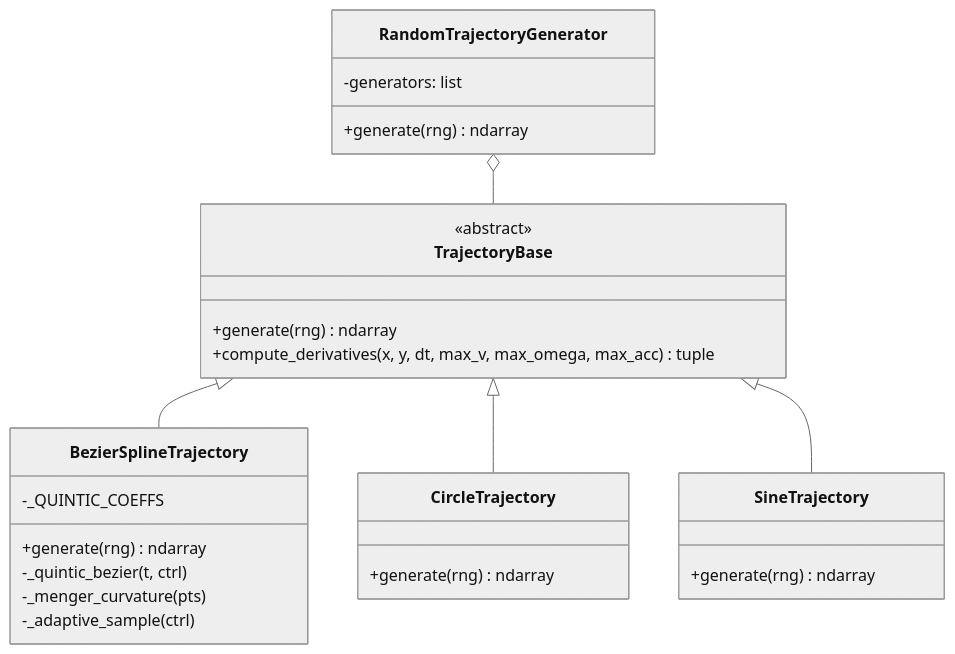
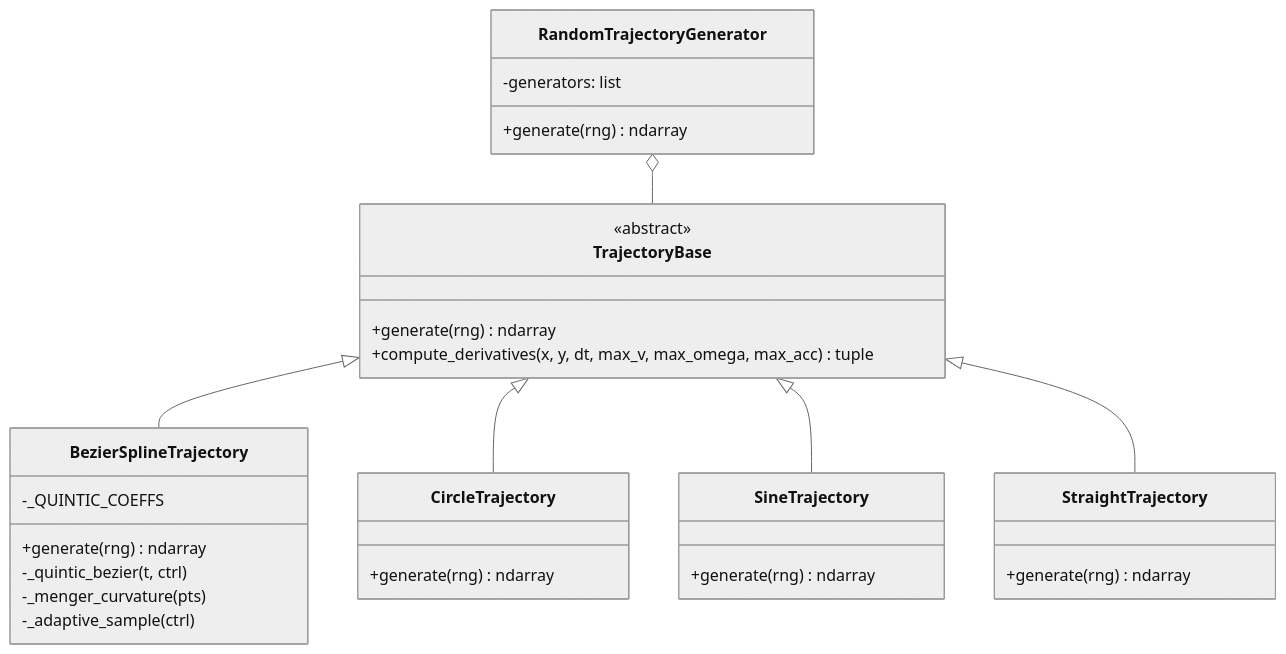
The third of 10 diagrams in docs/ARCHITECTURE.md (windyfashion/wheel_project), drawn with Mermaid (neutral theme) before and after one commit. The commit also changed other lines of this file and 20 other files, not shown here.

````diff
--- a/docs/ARCHITECTURE.md
+++ b/docs/ARCHITECTURE.md
@@ -145,34 +158,39 @@
 ```mermaid
 classDiagram
     class TrajectoryBase {
         <<abstract>>
         +generate(rng) ndarray
         +compute_derivatives(x, y, dt, max_v, max_omega, max_acc) tuple
     }
-    
+
     class BezierSplineTrajectory {
         -_QUINTIC_COEFFS
         +generate(rng) ndarray
         -_quintic_bezier(t, ctrl)
         -_menger_curvature(pts)
         -_adaptive_sample(ctrl)
     }
-    
+
     class CircleTrajectory {
         +generate(rng) ndarray
     }
-    
+
     class SineTrajectory {
         +generate(rng) ndarray
     }
-    
+
+    class StraightTrajectory {
+        +generate(rng) ndarray
+    }
+
     class RandomTrajectoryGenerator {
         -generators: list
         +generate(rng) ndarray
     }
-    
+
     TrajectoryBase <|-- BezierSplineTrajectory
     TrajectoryBase <|-- CircleTrajectory
     TrajectoryBase <|-- SineTrajectory
+    TrajectoryBase <|-- StraightTrajectory
     RandomTrajectoryGenerator o-- TrajectoryBase
 ```
````
